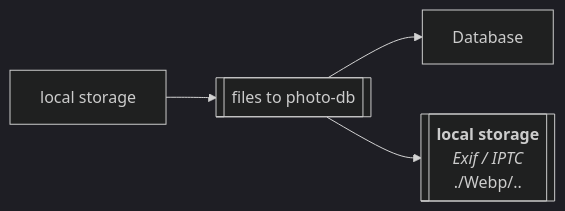
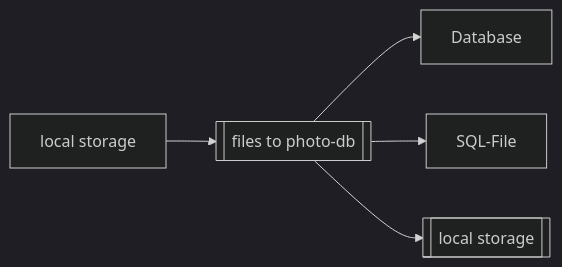
One commit to Zheng-Bote/qt_files_photo-gallery changed the sixth of 7 diagrams in README.md. Above: the diagram before and after it, drawn with Mermaid (dark theme). The commit also changed other lines of this file, not shown here.

Commit message:
upd: Mermaid

````diff
--- a/README.md
+++ b/README.md
@@ -418,8 +436,7 @@
 ```mermaid
 flowchart LR;
   A[local storage] --> B[[files to photo-db]]
   B --> C[Database]
-  B --> E[["`**local storage**
-  _Exif / IPTC_
-  ./Webp/..`"]]
+  B --> D[SQL-File]
+  B --> S[[local storage]]
 ```
````
